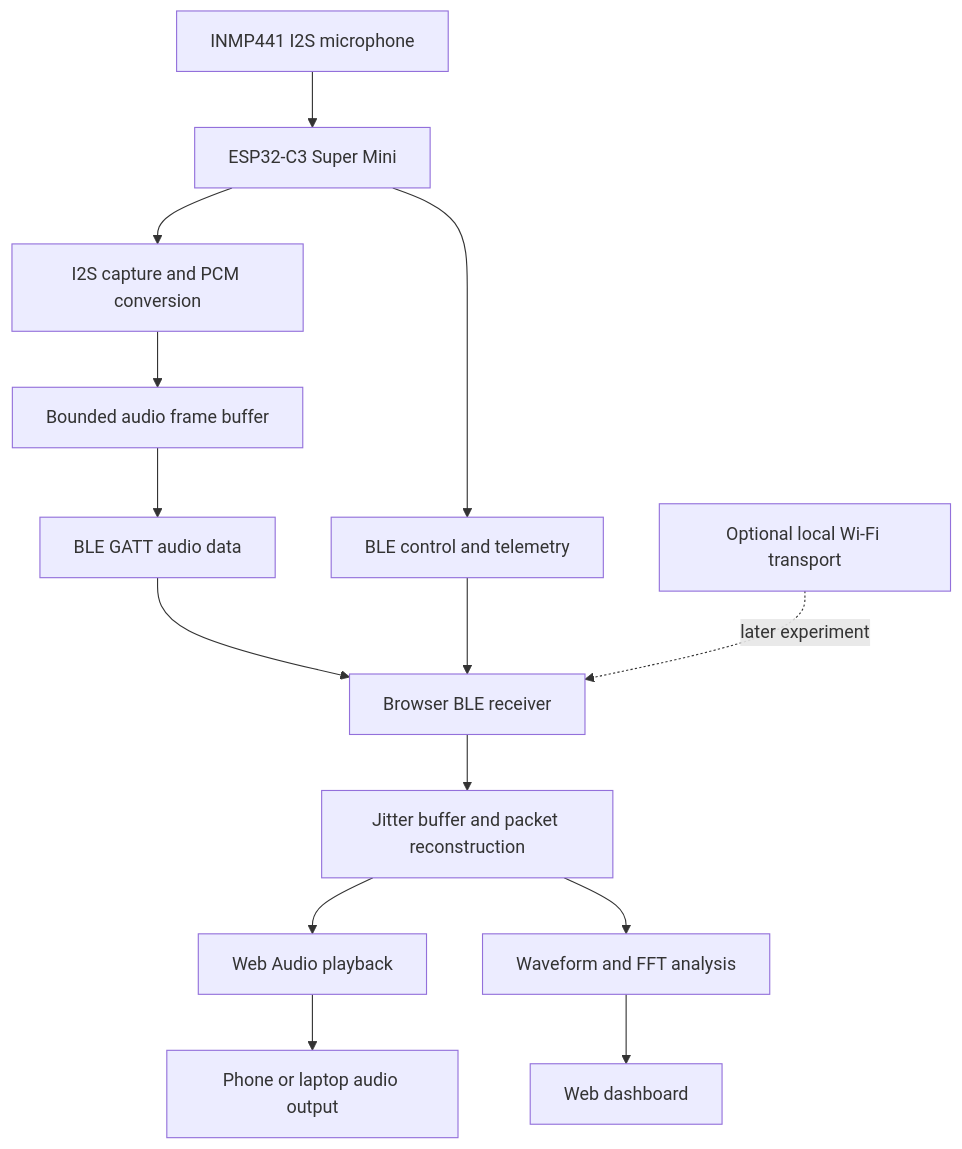
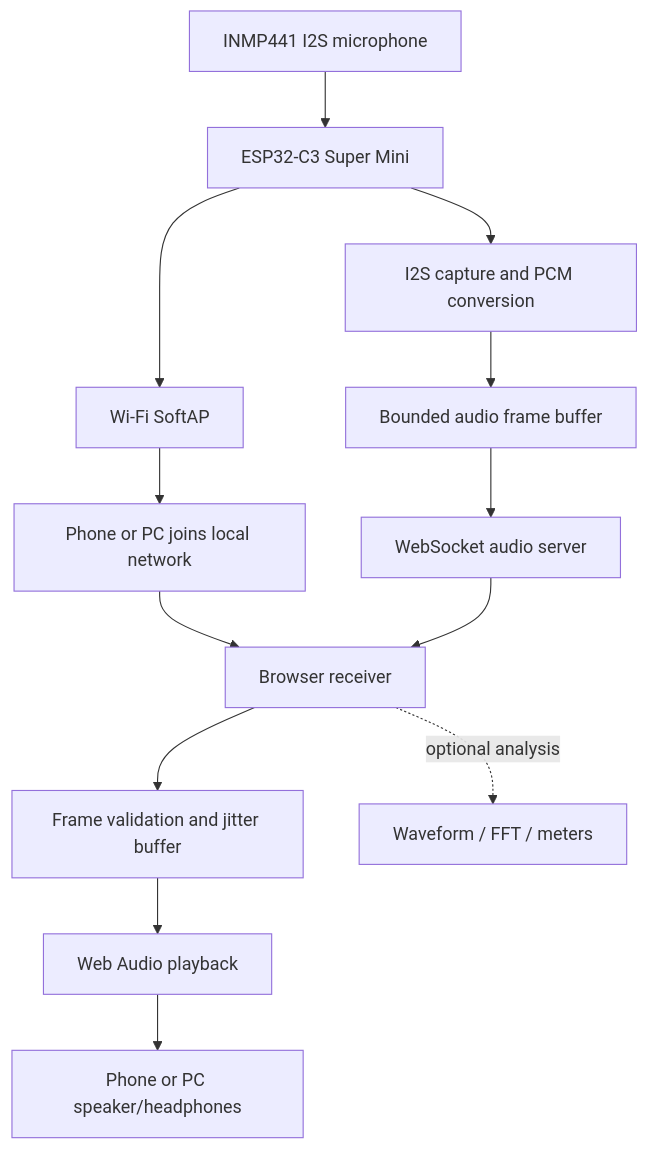
The diagram in firmware/esp32-c3/v0.7.0/docs/SYSTEM_ARCHITECTURE.md (pojge2005/DIY-Mic), drawn with Mermaid before and after one commit. The commit also changed other lines of this file and 8 other files, not shown here.

Commit message:
docs(firmware): correct V0.7.0 to Wi-Fi WebSocket architecture

````diff
--- a/firmware/esp32-c3/v0.7.0/docs/SYSTEM_ARCHITECTURE.md
+++ b/firmware/esp32-c3/v0.7.0/docs/SYSTEM_ARCHITECTURE.md
@@ -7,16 +7,15 @@
 ```mermaid
 flowchart TD
     MIC[INMP441 I2S microphone] --> MCU[ESP32-C3 Super Mini]
     MCU --> CAP[I2S capture and PCM conversion]
     CAP --> BUF[Bounded audio frame buffer]
-    BUF --> BLE[BLE GATT audio data]
-    MCU --> TEL[BLE control and telemetry]
-    BLE --> RX[Browser BLE receiver]
-    TEL --> RX
-    RX --> JIT[Jitter buffer and packet reconstruction]
+    BUF --> WS[WebSocket audio server]
+    MCU --> AP[Wi-Fi SoftAP]
+    AP --> CLIENT[Phone or PC joins local network]
+    CLIENT --> RX[Browser receiver]
+    WS --> RX
+    RX --> JIT[Frame validation and jitter buffer]
     JIT --> PLAY[Web Audio playback]
-    JIT --> FFT[Waveform and FFT analysis]
-    PLAY --> OUT[Phone or laptop audio output]
-    FFT --> UI[Web dashboard]
-    WIFI[Optional local Wi-Fi transport] -. later experiment .-> RX
+    PLAY --> OUT[Phone or PC speaker/headphones]
+    RX -. optional analysis .-> VIZ[Waveform / FFT / meters]
 ```
````
